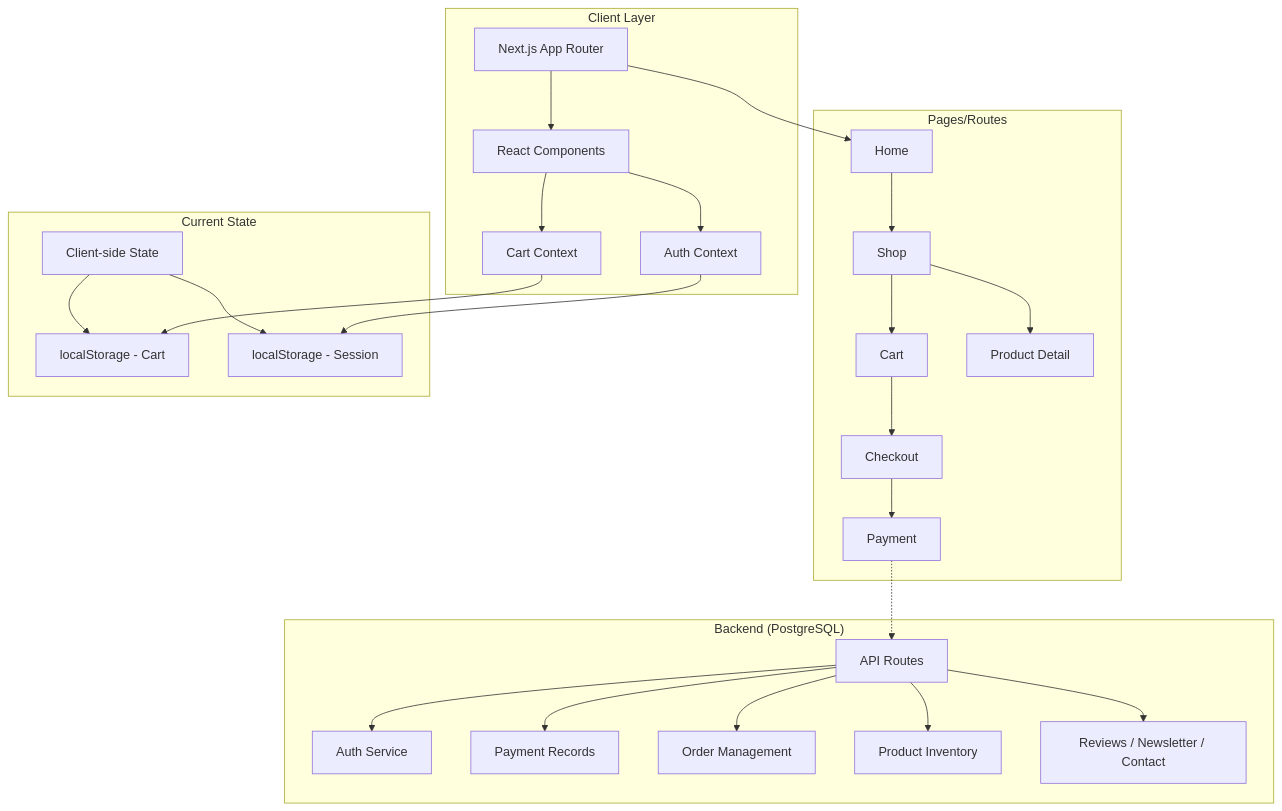
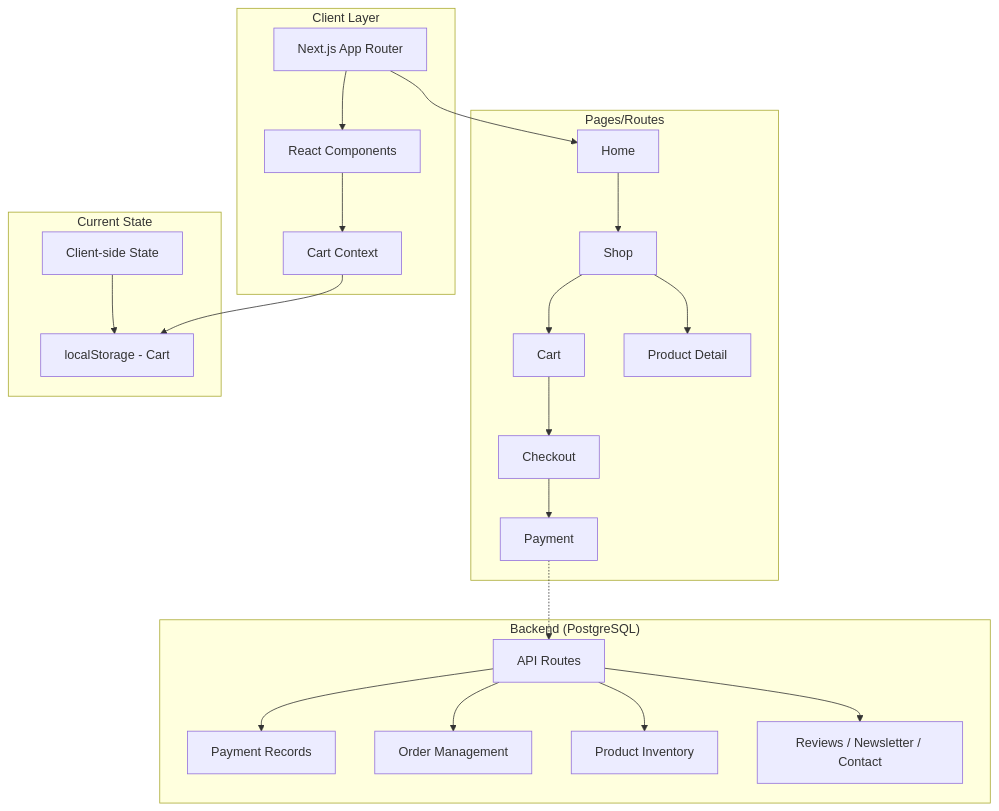
Before and after one commit to JHUB-AFRICA/mush-ai-web: the first of 2 diagrams in README.md, drawn with Mermaid. The commit also changed other lines of this file and 9 other files, not shown here.

````diff
--- a/README.md
+++ b/README.md
@@ -39,34 +39,30 @@
 ```mermaid
 graph TB
     subgraph "Client Layer"
         A[Next.js App Router] --> B[React Components]
         B --> C[Cart Context]
-        B --> D[Auth Context]
     end
 
     subgraph "Pages/Routes"
         E[Home] --> F[Shop]
         F --> G[Cart]
         G --> H[Checkout]
         H --> I[Payment]
         F --> J[Product Detail]
     end
 
     subgraph "Current State"
         K[Client-side State] --> L[localStorage - Cart]
-        K --> M[localStorage - Session]
     end
 
     subgraph "Backend (PostgreSQL)"
-        N[API Routes] --> O[Auth Service]
-        N --> P[Payment Records]
+        N[API Routes] --> P[Payment Records]
         N --> Q[Order Management]
         N --> R[Product Inventory]
         N --> S[Reviews / Newsletter / Contact]
     end
 
     A --> E
     C --> L
-    D --> M
     I -.-> N
 ```
````
